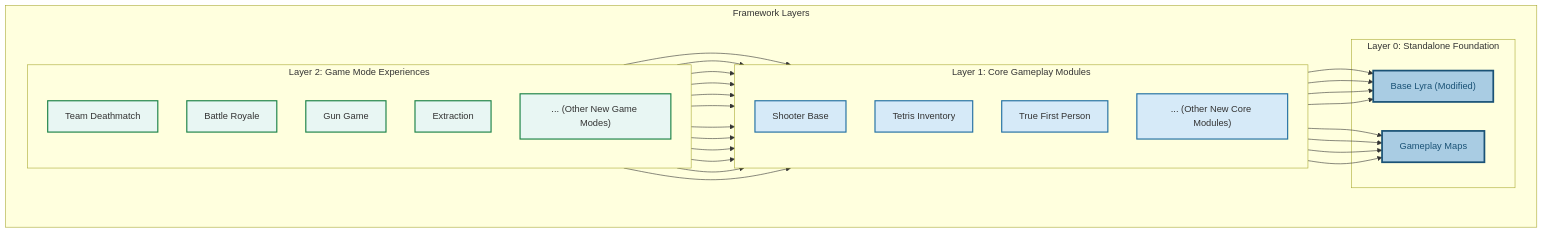
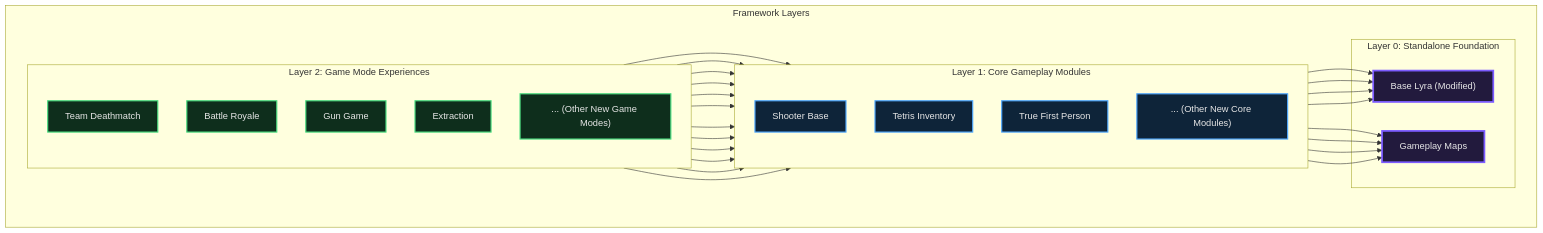
Before and after one commit to outliyr/outliyr-docs: the diagram in outliyr-framework/docs/introduction/project-architecture.md, drawn with Mermaid. The commit also changed 11 other files, not shown here.

````diff
--- a/outliyr-framework/docs/introduction/project-architecture.md
+++ b/outliyr-framework/docs/introduction/project-architecture.md
@@ -51,67 +51,67 @@
 ```mermaid
 
 graph TD
     subgraph "Framework Layers"
         direction LR
 
         subgraph "Layer 0: Standalone Foundation"
             A["Base Lyra (Modified)"]
             B["Gameplay Maps"]
         end
 
         subgraph "Layer 1: Core Gameplay Modules"
             direction TB
             C["Shooter Base"]
             D["Tetris Inventory"]
             E["True First Person"]
             F["... (Other New Core Modules)"]
         end
 
         subgraph "Layer 2: Game Mode Experiences"
             direction TB
             G["Team Deathmatch"]
             H["Battle Royale"]
             I["Gun Game"]
             J["Extraction"]
             K["... (Other New Game Modes)"]
         end
     end
 
     %% Dependencies
     C --> A
     D --> A
     E --> A
     F --> A
 
     C --> B
     D --> B
     E --> B
     F --> B
 
     G --> C
     G --> F
     H --> C
     H --> D
     H --> F
     I --> C
     I --> F
     J --> C
     J --> D
     J --> F
     K --> C
     K --> F
 
     %% Styling to emphasize layers and standalone nature
-    style A fill:#A9CCE3,stroke:#1A5276,stroke-width:3px,color:#1A5276
-    style B fill:#A9CCE3,stroke:#1A5276,stroke-width:3px,color:#1A5276
-    style C fill:#D6EAF8,stroke:#2471A3,stroke-width:2px
-    style D fill:#D6EAF8,stroke:#2471A3,stroke-width:2px
-    style E fill:#D6EAF8,stroke:#2471A3,stroke-width:2px
-    style F fill:#D6EAF8,stroke:#2471A3,stroke-width:2px
-    style G fill:#E8F6F3,stroke:#1D8348,stroke-width:2px
-    style H fill:#E8F6F3,stroke:#1D8348,stroke-width:2px
-    style I fill:#E8F6F3,stroke:#1D8348,stroke-width:2px
-    style J fill:#E8F6F3,stroke:#1D8348,stroke-width:2px
-    style K fill:#E8F6F3,stroke:#1D8348,stroke-width:2px
+    style A fill:#221a3d,stroke:#7c5cff,stroke-width:3px,color:#e6e6e6
+    style B fill:#221a3d,stroke:#7c5cff,stroke-width:3px,color:#e6e6e6
+    style C fill:#0e2439,stroke:#4ea8ff,stroke-width:2px,color:#e6e6e6
+    style D fill:#0e2439,stroke:#4ea8ff,stroke-width:2px,color:#e6e6e6
+    style E fill:#0e2439,stroke:#4ea8ff,stroke-width:2px,color:#e6e6e6
+    style F fill:#0e2439,stroke:#4ea8ff,stroke-width:2px,color:#e6e6e6
+    style G fill:#0e2e1c,stroke:#4ade80,stroke-width:2px,color:#e6e6e6
+    style H fill:#0e2e1c,stroke:#4ade80,stroke-width:2px,color:#e6e6e6
+    style I fill:#0e2e1c,stroke:#4ade80,stroke-width:2px,color:#e6e6e6
+    style J fill:#0e2e1c,stroke:#4ade80,stroke-width:2px,color:#e6e6e6
+    style K fill:#0e2e1c,stroke:#4ade80,stroke-width:2px,color:#e6e6e6
 
 ```
````
